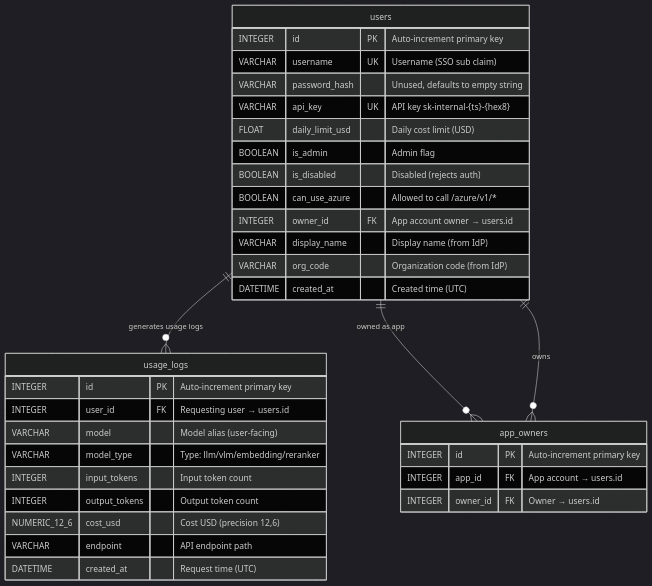
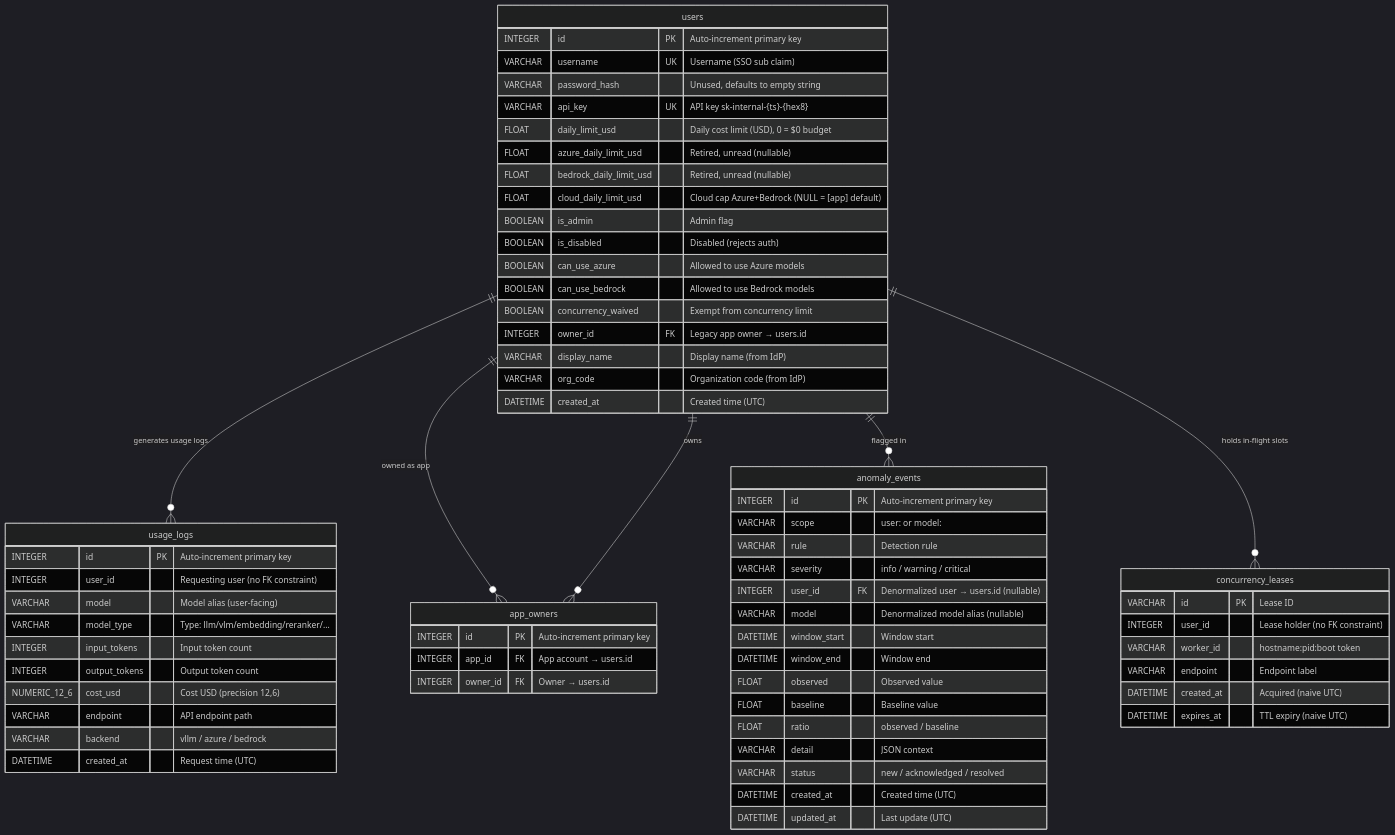
Before and after one commit to bwinken/llm-gateway: the first of 3 diagrams in app/models/README.md, drawn with Mermaid (dark theme). The commit also changed other lines of this file and 6 other files, not shown here.

````diff
--- a/app/models/README.md
+++ b/app/models/README.md
@@ -15,39 +15,74 @@
 ```mermaid
 erDiagram
     users {
         INTEGER id PK "Auto-increment primary key"
         VARCHAR username UK "Username (SSO sub claim)"
         VARCHAR password_hash "Unused, defaults to empty string"
         VARCHAR api_key UK "API key sk-internal-{ts}-{hex8}"
-        FLOAT daily_limit_usd "Daily cost limit (USD)"
+        FLOAT daily_limit_usd "Daily cost limit (USD), 0 = $0 budget"
+        FLOAT azure_daily_limit_usd "Retired, unread (nullable)"
+        FLOAT bedrock_daily_limit_usd "Retired, unread (nullable)"
+        FLOAT cloud_daily_limit_usd "Cloud cap Azure+Bedrock (NULL = [app] default)"
         BOOLEAN is_admin "Admin flag"
         BOOLEAN is_disabled "Disabled (rejects auth)"
-        BOOLEAN can_use_azure "Allowed to call /azure/v1/*"
-        INTEGER owner_id FK "App account owner → users.id"
+        BOOLEAN can_use_azure "Allowed to use Azure models"
+        BOOLEAN can_use_bedrock "Allowed to use Bedrock models"
+        BOOLEAN concurrency_waived "Exempt from concurrency limit"
+        INTEGER owner_id FK "Legacy app owner → users.id"
         VARCHAR display_name "Display name (from IdP)"
         VARCHAR org_code "Organization code (from IdP)"
         DATETIME created_at "Created time (UTC)"
     }
 
     usage_logs {
         INTEGER id PK "Auto-increment primary key"
-        INTEGER user_id FK "Requesting user → users.id"
+        INTEGER user_id "Requesting user (no FK constraint)"
         VARCHAR model "Model alias (user-facing)"
-        VARCHAR model_type "Type: llm/vlm/embedding/reranker"
+        VARCHAR model_type "Type: llm/vlm/embedding/reranker/..."
         INTEGER input_tokens "Input token count"
         INTEGER output_tokens "Output token count"
         NUMERIC_12_6 cost_usd "Cost USD (precision 12,6)"
         VARCHAR endpoint "API endpoint path"
+        VARCHAR backend "vllm / azure / bedrock"
         DATETIME created_at "Request time (UTC)"
     }
 
     app_owners {
         INTEGER id PK "Auto-increment primary key"
         INTEGER app_id FK "App account → users.id"
         INTEGER owner_id FK "Owner → users.id"
     }
 
+    anomaly_events {
+        INTEGER id PK "Auto-increment primary key"
+        VARCHAR scope "user:<id> or model:<alias>"
+        VARCHAR rule "Detection rule"
+        VARCHAR severity "info / warning / critical"
+        INTEGER user_id FK "Denormalized user → users.id (nullable)"
+        VARCHAR model "Denormalized model alias (nullable)"
+        DATETIME window_start "Window start"
+        DATETIME window_end "Window end"
+        FLOAT observed "Observed value"
+        FLOAT baseline "Baseline value"
+        FLOAT ratio "observed / baseline"
+        VARCHAR detail "JSON context"
+        VARCHAR status "new / acknowledged / resolved"
+        DATETIME created_at "Created time (UTC)"
+        DATETIME updated_at "Last update (UTC)"
+    }
+
+    concurrency_leases {
+        VARCHAR id PK "Lease ID"
+        INTEGER user_id "Lease holder (no FK constraint)"
+        VARCHAR worker_id "hostname:pid:boot token"
+        VARCHAR endpoint "Endpoint label"
+        DATETIME created_at "Acquired (naive UTC)"
+        DATETIME expires_at "TTL expiry (naive UTC)"
+    }
+
     users ||--o{ usage_logs : "generates usage logs"
     users ||--o{ app_owners : "owned as app"
     users ||--o{ app_owners : "owns"
+    users ||--o{ anomaly_events : "flagged in"
+    users ||--o{ concurrency_leases : "holds in-flight slots"
 ```
````
